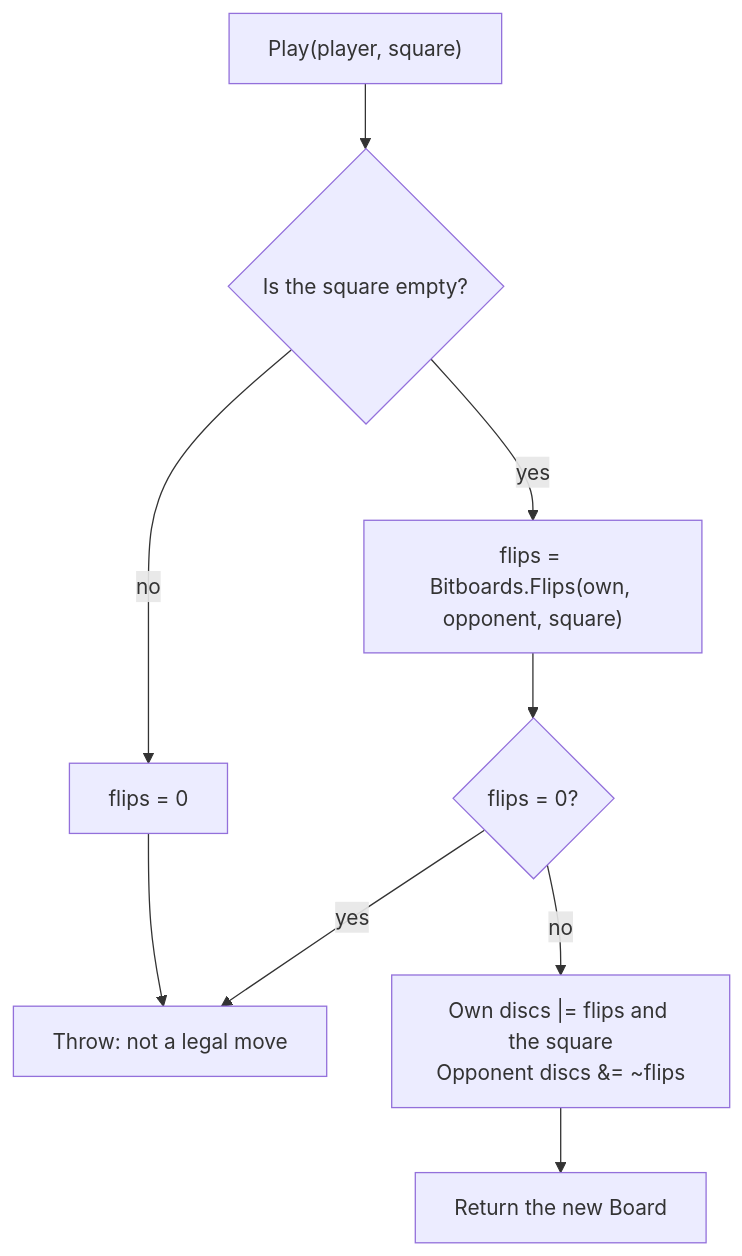
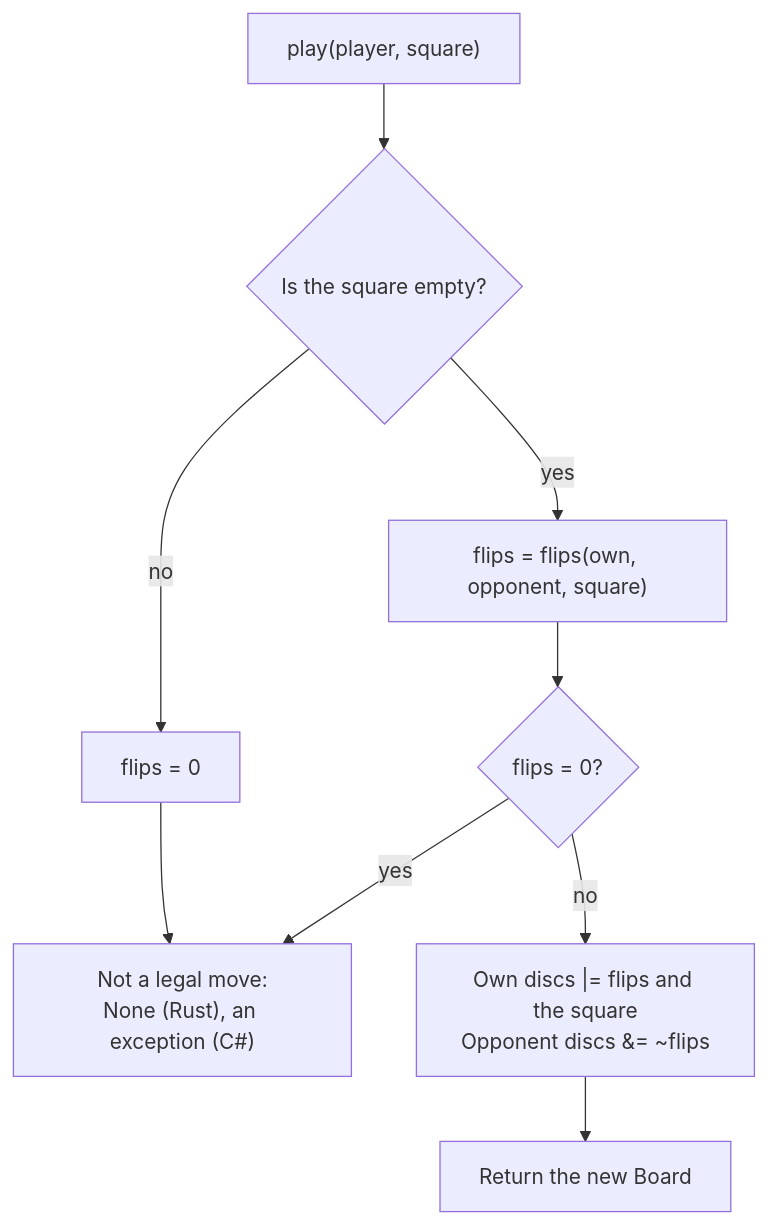
One commit to cjp-dev/Stello changed the diagram in docs/03-rules-and-move-generation.md. Above: the diagram before and after it, drawn with Mermaid. The commit also changed other lines of this file and 26 other files, not shown here.

````diff
--- a/docs/03-rules-and-move-generation.md
+++ b/docs/03-rules-and-move-generation.md
@@ -131,11 +168,11 @@
 ```mermaid
 flowchart TD
-    Start["Play(player, square)"] --> Empty{"Is the square empty?"}
+    Start["play(player, square)"] --> Empty{"Is the square empty?"}
     Empty -- "no" --> Zero["flips = 0"]
-    Empty -- "yes" --> Flips["flips = Bitboards.Flips(own, opponent, square)"]
+    Empty -- "yes" --> Flips["flips = flips(own, opponent, square)"]
     Flips --> Any{"flips = 0?"}
-    Zero --> Throw["Throw: not a legal move"]
+    Zero --> Throw["Not a legal move:<br/>None (Rust), an exception (C#)"]
     Any -- "yes" --> Throw
     Any -- "no" --> New["Own discs |= flips and the square<br/>Opponent discs &= ~flips"]
     New --> Return["Return the new Board"]
 ```
````
